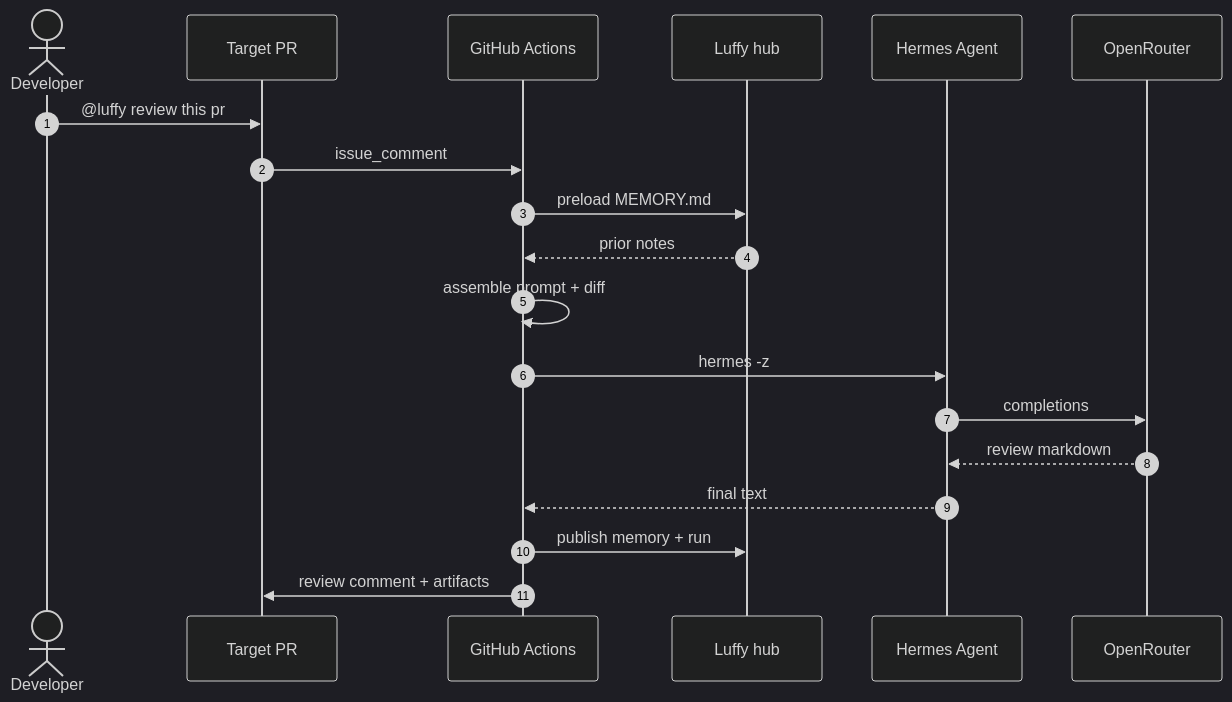
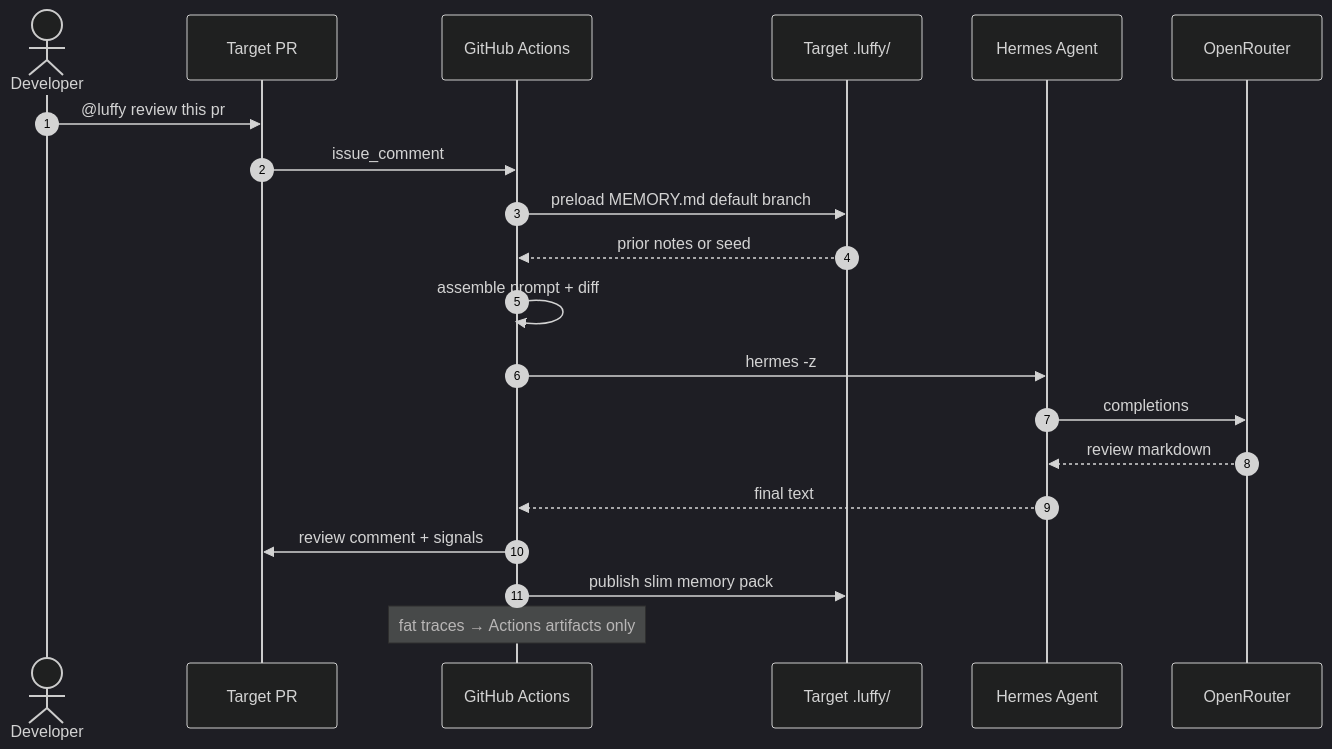
One commit to Mr-Ashish/luffy-pr-review-agent changed the second of 5 diagrams in README.md. Above: the diagram before and after it, drawn with Mermaid (dark theme). The commit also changed other lines of this file and 13 other files, not shown here.

First line of the commit message:
fix(ops): F30 memory health visibility + README local-first truth

````diff
--- a/README.md
+++ b/README.md
@@ -67,22 +69,23 @@
 ```mermaid
 sequenceDiagram
   autonumber
   actor Dev as Developer
   participant PR as Target PR
   participant GHA as GitHub Actions
-  participant Hub as Luffy hub
+  participant Local as Target .luffy/
   participant Hermes as Hermes Agent
   participant OR as OpenRouter
 
   Dev->>PR: @luffy review this pr
   PR->>GHA: issue_comment
-  GHA->>Hub: preload MEMORY.md
-  Hub-->>GHA: prior notes
+  GHA->>Local: preload MEMORY.md default branch
+  Local-->>GHA: prior notes or seed
   GHA->>GHA: assemble prompt + diff
   GHA->>Hermes: hermes -z
   Hermes->>OR: completions
   OR-->>Hermes: review markdown
   Hermes-->>GHA: final text
-  GHA->>Hub: publish memory + run
-  GHA->>PR: review comment + artifacts
+  GHA->>PR: review comment + signals
+  GHA->>Local: publish slim memory pack
+  Note over GHA: fat traces → Actions artifacts only
 ```
````
